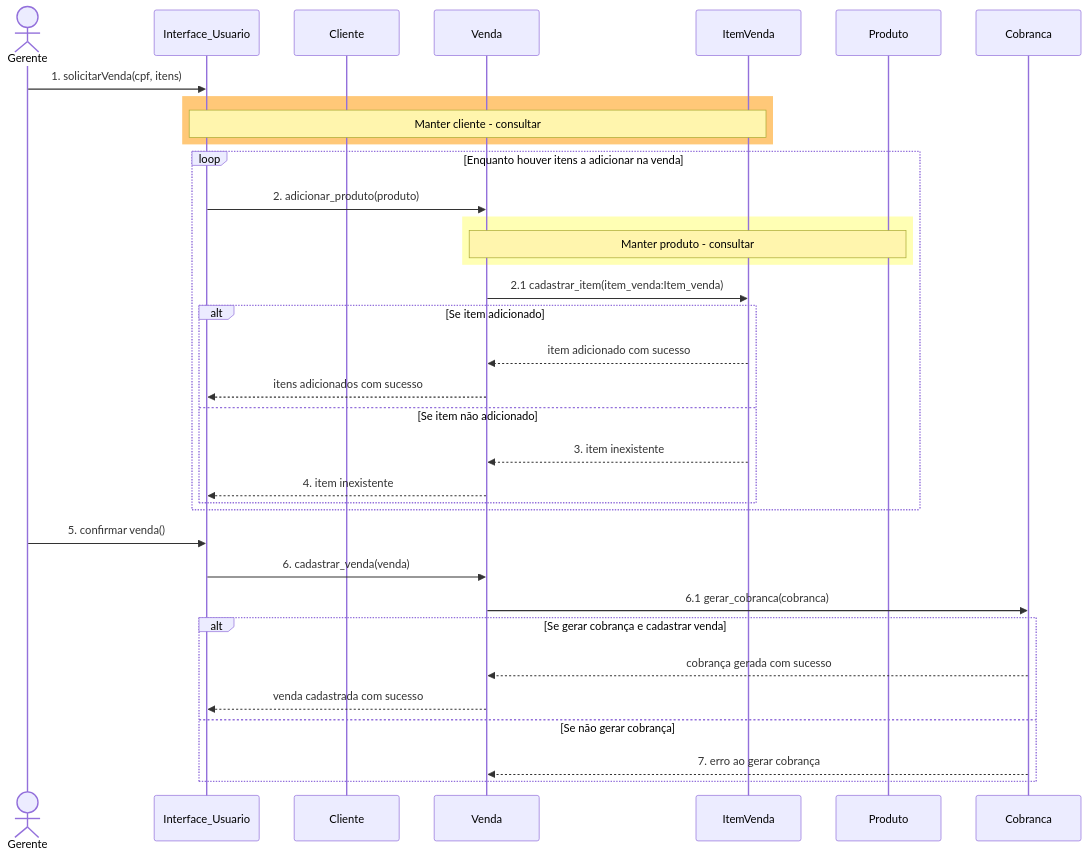
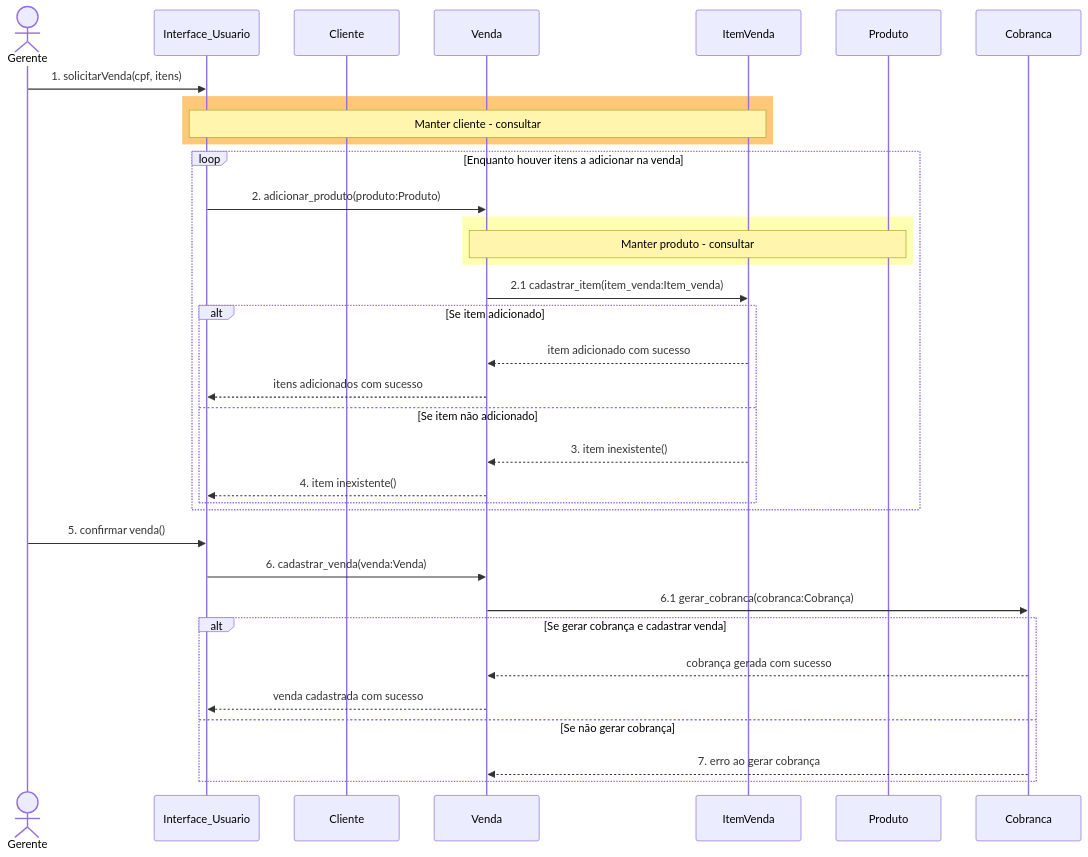
The sixth of 6 diagrams in Documetos/Documento_Visao.md (Projeito-Vendas-de-Cosmeticos/Comesticos-doc), drawn with Mermaid before and after one commit.

````diff
--- a/Documetos/Documento_Visao.md
+++ b/Documetos/Documento_Visao.md
@@ -207,46 +207,46 @@
 ```mermaid
 sequenceDiagram
     actor Gerente
     participant IU as Interface_Usuario
     participant Cliente
     participant Venda
     participant ItemVenda
     participant Produto
     participant Cobranca
 
     Gerente ->> IU: 1. solicitarVenda(cpf, itens)
 
     rect rgb(255,200,120)
         note over IU,ItemVenda: Manter cliente - consultar
     end
 
     loop Enquanto houver itens a adicionar na venda
-        IU ->> Venda: 2. adicionar_produto(produto)
+        IU ->> Venda: 2. adicionar_produto(produto:Produto)
 
         rect rgb(255,255,180)
             note over Venda,Produto: Manter produto - consultar
         end
 
         Venda ->> ItemVenda: 2.1 cadastrar_item(item_venda:Item_venda)
 
         alt Se item adicionado
             ItemVenda -->> Venda: item adicionado com sucesso
             Venda -->> IU: itens adicionados com sucesso
         else Se item não adicionado
-            ItemVenda -->> Venda: 3. item inexistente
-            Venda -->> IU: 4. item inexistente
+            ItemVenda -->> Venda: 3. item inexistente()
+            Venda -->> IU: 4. item inexistente()
         end
     end
 
     Gerente ->> IU: 5. confirmar venda()
-    IU ->> Venda: 6. cadastrar_venda(venda)
+    IU ->> Venda: 6. cadastrar_venda(venda:Venda)
 
-    Venda ->> Cobranca: 6.1 gerar_cobranca(cobranca)
+    Venda ->> Cobranca: 6.1 gerar_cobranca(cobranca:Cobrança)
 
     alt Se gerar cobrança e cadastrar venda
         Cobranca -->> Venda: cobrança gerada com sucesso
         Venda -->> IU: venda cadastrada com sucesso
     else Se não gerar cobrança
         Cobranca -->> Venda: 7. erro ao gerar cobrança
     end
 ```
````
